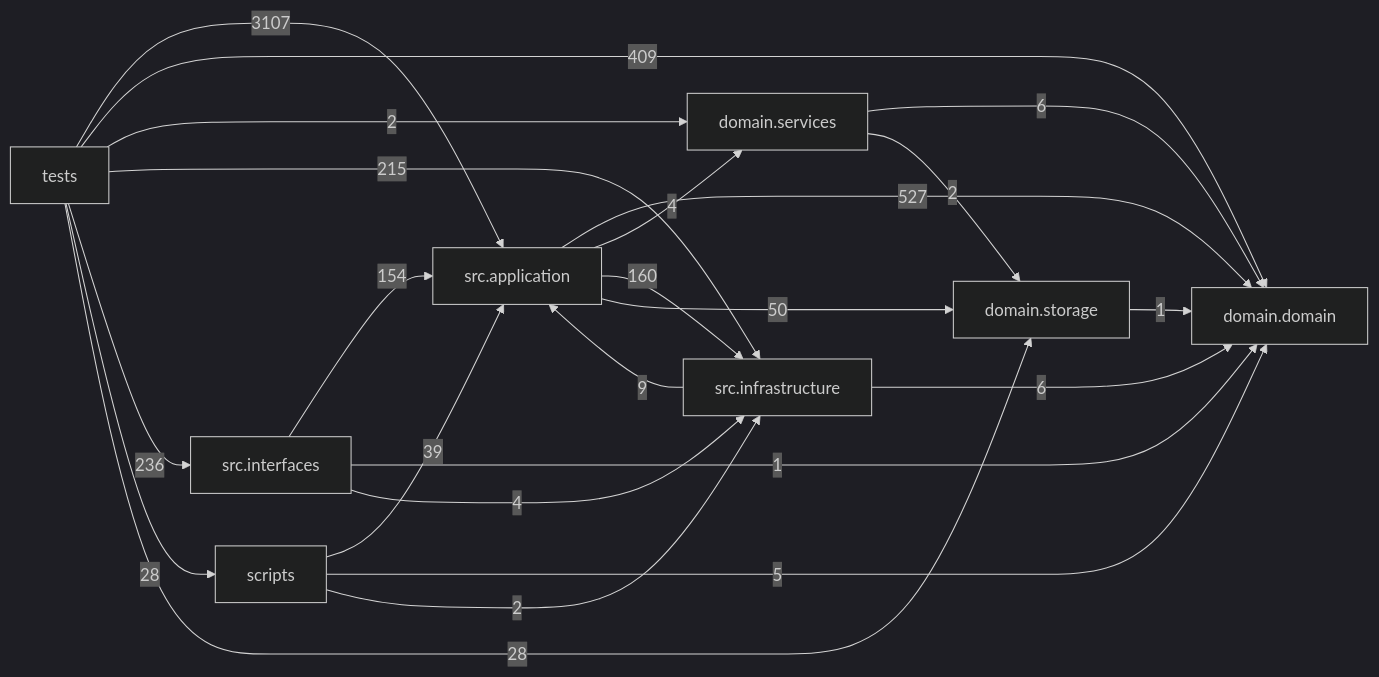
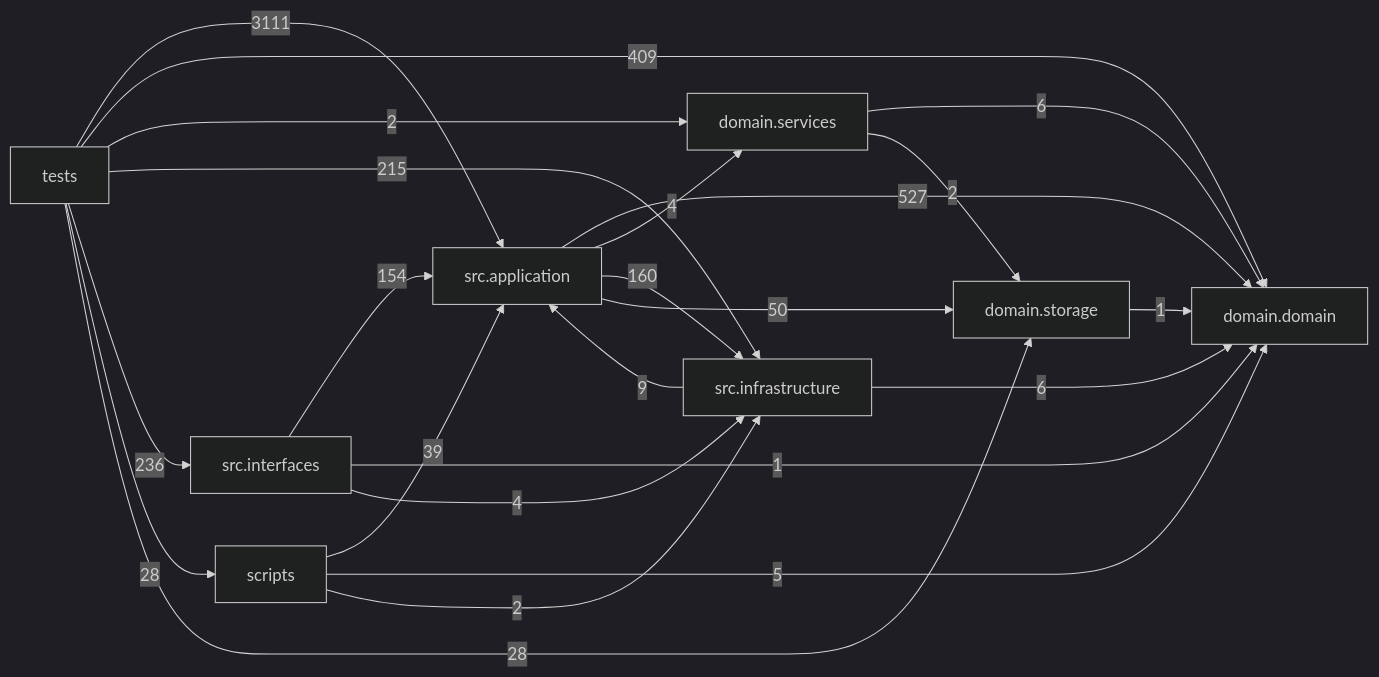
One commit to liuxie066/options-monitor changed the diagram in docs/DEPENDENCY_GRAPH.md. Above: the diagram before and after it, drawn with Mermaid (dark theme). The commit also changed other lines of this file and 5 other files, not shown here.

````diff
--- a/docs/DEPENDENCY_GRAPH.md
+++ b/docs/DEPENDENCY_GRAPH.md
@@ -24,33 +24,33 @@
 ```mermaid
 flowchart LR
   tests["tests"]
   scripts["scripts"]
   interfaces["src.interfaces"]
   application["src.application"]
   infrastructure["src.infrastructure"]
   domain_services["domain.services"]
   domain["domain.domain"]
   storage["domain.storage"]
   application -->|527| domain
   application -->|4| domain_services
   application -->|160| infrastructure
   application -->|50| storage
   domain_services -->|6| domain
   domain_services -->|2| storage
   infrastructure -->|9| application
   infrastructure -->|6| domain
   interfaces -->|154| application
   interfaces -->|1| domain
   interfaces -->|4| infrastructure
   scripts -->|39| application
   scripts -->|5| domain
   scripts -->|2| infrastructure
   storage -->|1| domain
-  tests -->|3107| application
+  tests -->|3111| application
   tests -->|409| domain
   tests -->|2| domain_services
   tests -->|215| infrastructure
   tests -->|236| interfaces
   tests -->|28| scripts
   tests -->|28| storage
 ```
````
